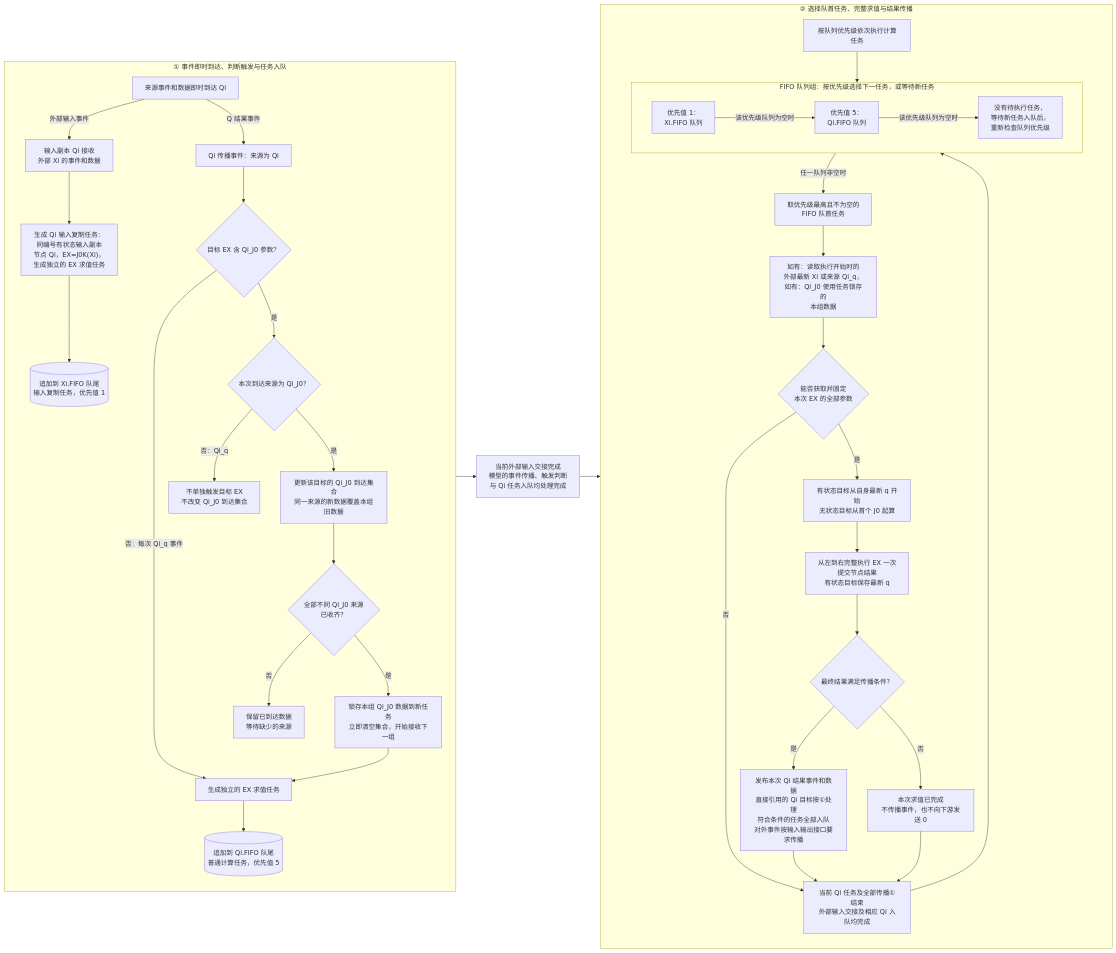
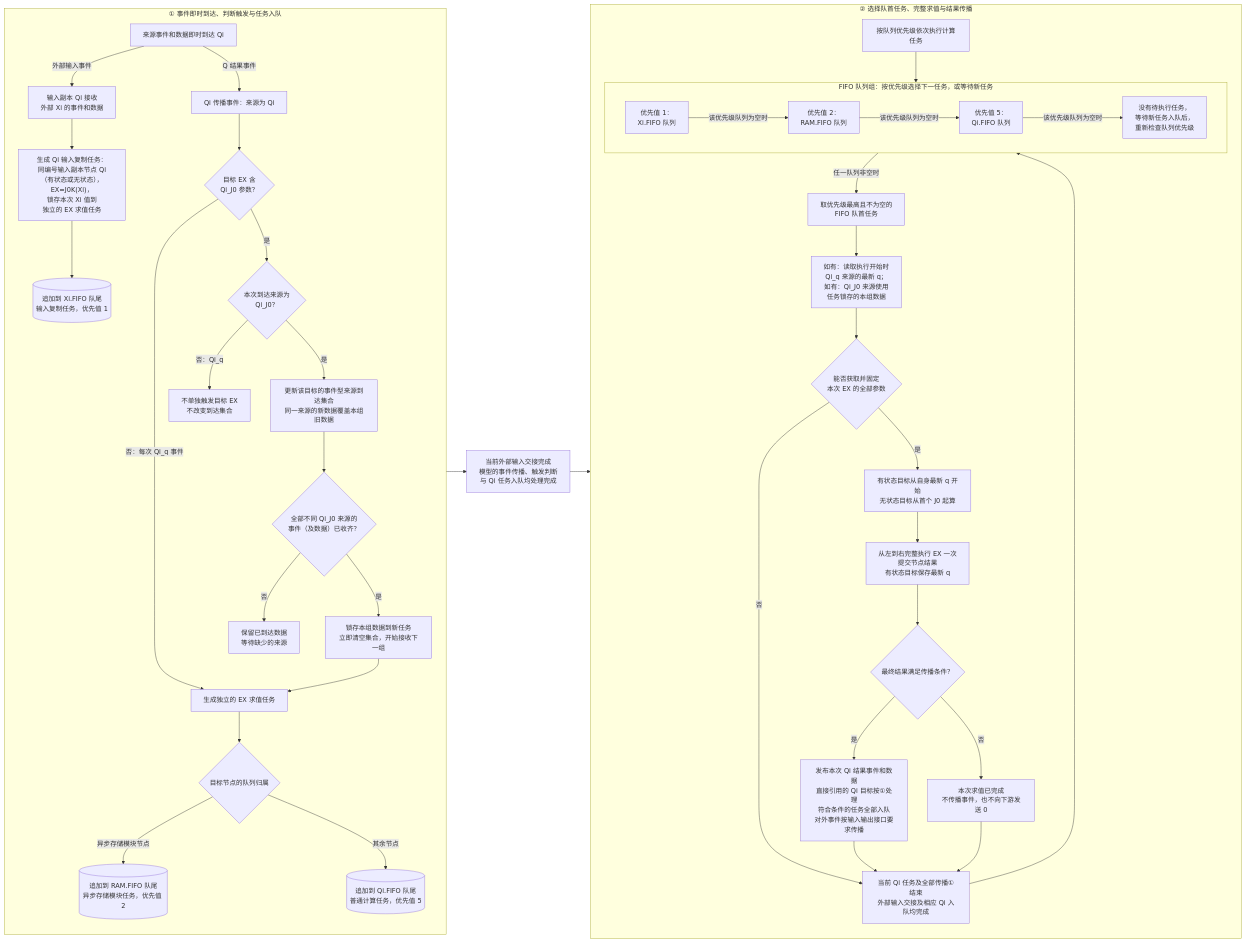
Before and after one commit to cczzrs/JK: the third of 4 diagrams in docs/JKRD.md, drawn with Mermaid. The commit also changed other lines of this file and 9 other files, not shown here.

````diff
--- a/docs/JKRD.md
+++ b/docs/JKRD.md
@@ -151,47 +173,50 @@
 ```mermaid
 flowchart LR
   subgraph ARRIVAL["① 事件即时到达、判断触发与任务入队"]
     direction TB
     A["来源事件和数据即时到达 Qi"] -->|外部输入事件| SOURCE["输入副本 Qi 接收<br/>外部 Xi 的事件和数据"]
-    SOURCE --> UPDATE["生成 Qi 输入复制任务：<br/>同编号有状态输入副本<br/>节点 Qi，EX=J0K(Xi)，<br/>生成独立的 EX 求值任务"]
+    SOURCE --> UPDATE["生成 Qi 输入复制任务：<br/>同编号输入副本节点 Qi<br/>（有状态或无状态），EX=J0K(Xi)，<br/>锁存本次 Xi 值到<br/>独立的 EX 求值任务"]
     UPDATE --> XF[("追加到 Xi.FIFO 队尾<br/>输入复制任务，优先值 1")]
     A -->|Q 结果事件| Q_EVENT["Qi 传播事件：来源为 Qi"]
-    Q_EVENT --> HAS{"目标 EX 含 Qi_J0 参数？"}
+    Q_EVENT --> HAS{"目标 EX 含<br/>Qi_J0 参数？"}
     HAS -->|否：每次 Qi_q 事件| TASK["生成独立的 EX 求值任务"]
-    HAS -->|是| KIND{"本次到达来源为 Qi_J0？"}
-    KIND -->|否：Qi_q| IGNORE["不单独触发目标 EX<br/>不改变 Qi_J0 到达集合"]
-    KIND -->|是| COLLECT["更新该目标的 Qi_J0 到达集合<br/>同一来源的新数据覆盖本组旧数据"]
-    COLLECT --> FULL{"全部不同 Qi_J0 来源<br/>已收齐？"}
+    HAS -->|是| KIND{"本次到达来源为<br/>Qi_J0？"}
+    KIND -->|否：Qi_q| IGNORE["不单独触发目标 EX<br/>不改变到达集合"]
+    KIND -->|是| COLLECT["更新该目标的事件型来源到达集合<br/>同一来源的新数据覆盖本组旧数据"]
+    COLLECT --> FULL{"全部不同 Qi_J0 来源的<br/>事件（及数据）已收齐？"}
     FULL -->|否| WAIT_SOURCE["保留已到达数据<br/>等待缺少的来源"]
-    FULL -->|是| LATCH["锁存本组 Qi_J0 数据到新任务<br/>立即清空集合，开始接收下一组"]
+    FULL -->|是| LATCH["锁存本组数据到新任务<br/>立即清空集合，开始接收下一组"]
     LATCH --> TASK
-    TASK --> QF[("追加到 Qi.FIFO 队尾<br/>普通计算任务，优先值 5")]
+    TASK --> ROUTE{"目标节点的队列归属"}
+    ROUTE -->|异步存储模块节点| RF[("追加到 RAM.FIFO 队尾<br/>异步存储模块任务，优先值 2")]
+    ROUTE -->|其余节点| QF[("追加到 Qi.FIFO 队尾<br/>普通计算任务，优先值 5")]
   end
 
   ARRIVAL --> ALL_READY["当前外部输入交接完成<br/>模型的事件传播、触发判断<br/>与 Qi 任务入队均处理完成"]
 
   subgraph EXECUTE["② 选择队首任务、完整求值与结果传播"]
     direction TB
     BEGIN["按队列优先级依次执行计算任务"]
     subgraph FIFOS["FIFO 队列组：按优先级选择下一任务，或等待新任务"]
       direction LR
-      TAKE_X["优先值 1：<br/>Xi.FIFO 队列"] -->|该优先级队列为空时| TAKE_Q
+      TAKE_X["优先值 1：<br/>Xi.FIFO 队列"] -->|该优先级队列为空时| TAKE_R
+      TAKE_R["优先值 2：<br/>RAM.FIFO 队列"] -->|该优先级队列为空时| TAKE_Q
       TAKE_Q["优先值 5：<br/>Qi.FIFO 队列"] -->|该优先级队列为空时| IDLE
       IDLE["没有待执行任务，<br/>等待新任务入队后，<br/>重新检查队列优先级"]
     end
     TAKES["取优先级最高且不为空的<br/> FIFO 队首任务"]
-    TAKES --> EX_PARAMETERS["如有：读取执行开始时的<br/>外部最新 Xi 或来源 Qi_q，<br/>如有：Qi_J0 使用任务锁存的<br/>本组数据"]
+    TAKES --> EX_PARAMETERS["如有：读取执行开始时<br/>Qi_q 来源的最新 q；<br/>如有：Qi_J0 来源使用<br/>任务锁存的本组数据"]
     EX_PARAMETERS --> READY_PARAMETERS{"能否获取并固定<br/>本次 EX 的全部参数"}
     READY_PARAMETERS -->|是| FIX["有状态目标从自身最新 q 开始<br/>无状态目标从首个 J0 起算"]
     READY_PARAMETERS -->|否| DONE
     FIX --> RUN["从左到右完整执行 EX 一次<br/>提交节点结果<br/>有状态目标保存最新 q"]
     RUN --> EMIT{"最终结果满足传播条件？"}
     EMIT -->|是| PUBLISH["发布本次 Qi 结果事件和数据<br/>直接引用的 Qi 目标按①处理<br/>符合条件的任务全部入队<br/>对外事件按输入输出接口要求传播"]
     EMIT -->|否| NO_EVENT["本次求值已完成<br/>不传播事件，也不向下游发送 0"]
     PUBLISH --> DONE["当前 Qi 任务及全部传播①结束<br/>外部输入交接及相应 Qi 入队均完成"]
     NO_EVENT --> DONE --> FIFOS
   end
 
   BEGIN --> FIFOS -->|任一队列非空时| TAKES
   ALL_READY --> EXECUTE
 ```
````
